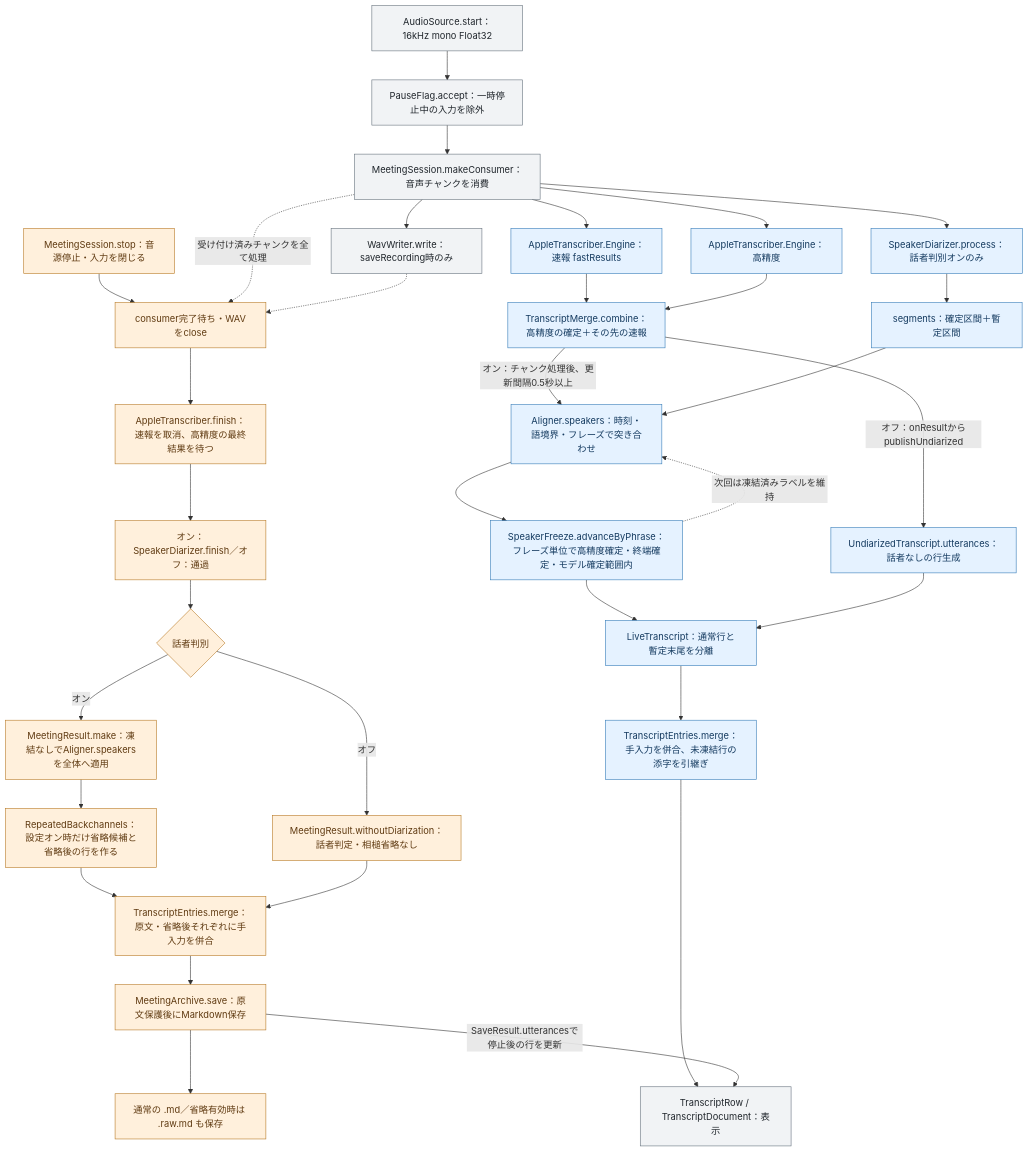
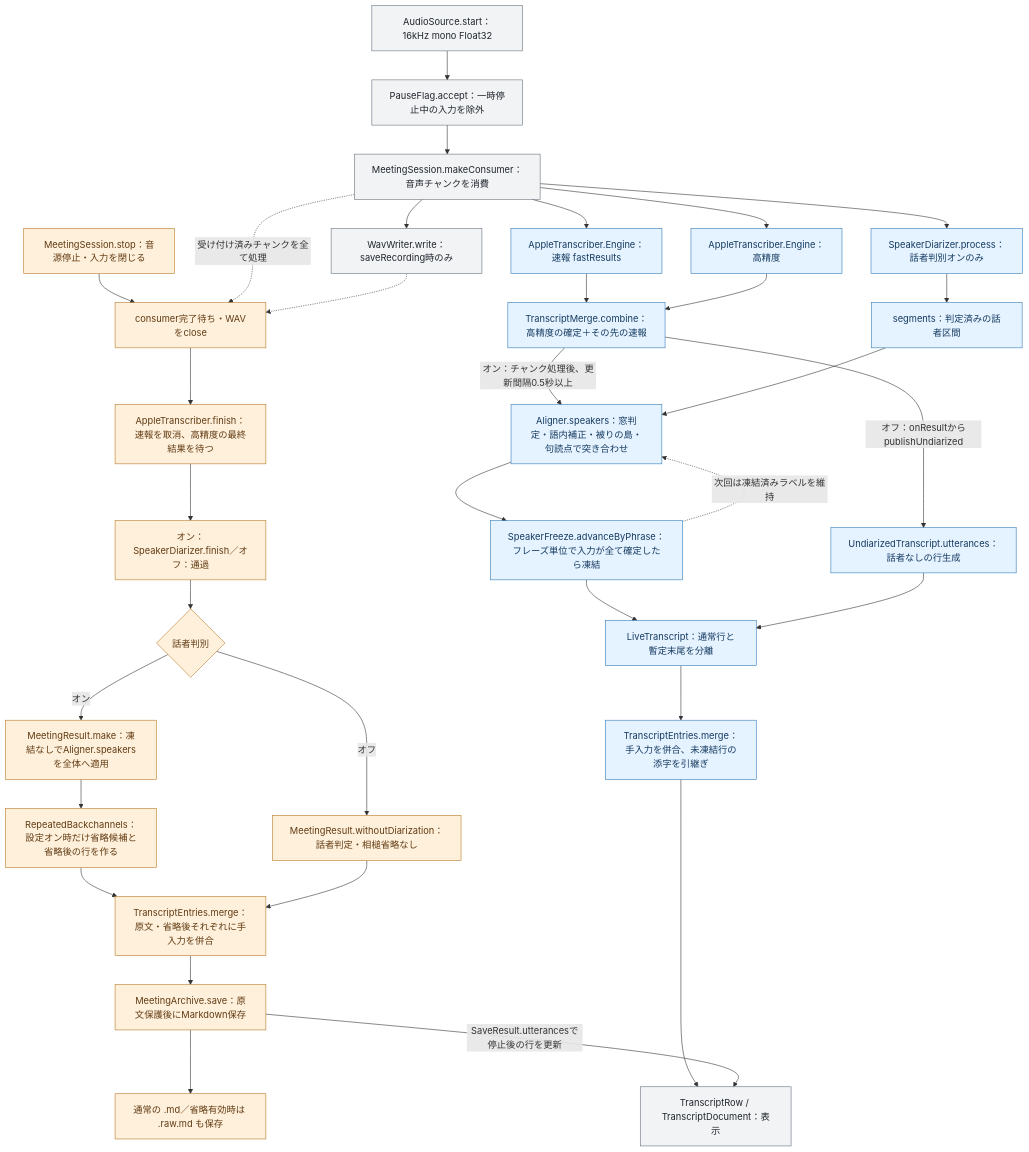
The first of 2 diagrams in docs/utterance-flow.md (tadashi-aikawa/kikigaki), drawn with Mermaid before and after one commit. The commit also changed other lines of this file and 67 other files, not shown here.

````diff
--- a/docs/utterance-flow.md
+++ b/docs/utterance-flow.md
@@ -9,43 +19,43 @@
 ```mermaid
 flowchart TD
     audio["AudioSource.start：16kHz mono Float32"] --> accept["PauseFlag.accept：一時停止中の入力を除外"]
     accept --> consume["MeetingSession.makeConsumer：音声チャンクを消費"]
     consume --> wav["WavWriter.write：saveRecording時のみ"]
     consume --> fast["AppleTranscriber.Engine：速報 fastResults"]
     consume --> accurate["AppleTranscriber.Engine：高精度"]
     consume --> diarizer["SpeakerDiarizer.process：話者判別オンのみ"]
     fast --> merge["TranscriptMerge.combine：高精度の確定＋その先の速報"]
     accurate --> merge
-    diarizer --> segments["segments：確定区間＋暫定区間"]
-    merge -->|オン：チャンク処理後、更新間隔0.5秒以上| align["Aligner.speakers：時刻・語境界・フレーズで突き合わせ"]
+    diarizer --> segments["segments：判定済みの話者区間"]
+    merge -->|オン：チャンク処理後、更新間隔0.5秒以上| align["Aligner.speakers：窓判定・語内補正・被りの島・句読点で突き合わせ"]
     segments --> align
-    align --> freeze["SpeakerFreeze.advanceByPhrase：フレーズ単位で高精度確定・終端確定・モデル確定範囲内"]
+    align --> freeze["SpeakerFreeze.advanceByPhrase：フレーズ単位で入力が全て確定したら凍結"]
     freeze -.->|次回は凍結済みラベルを維持| align
     freeze --> live["LiveTranscript：通常行と暫定末尾を分離"]
     merge -->|オフ：onResultからpublishUndiarized| off["UndiarizedTranscript.utterances：話者なしの行生成"]
     off --> live
     live --> entries["TranscriptEntries.merge：手入力を併合、未凍結行の添字を引継ぎ"]
     entries --> ui["TranscriptRow / TranscriptDocument：表示"]
 
     stop["MeetingSession.stop：音源停止・入力を閉じる"] --> drain["consumer完了待ち・WAVをclose"]
     consume -.->|受け付け済みチャンクを全て処理| drain
     wav -.-> drain
     drain --> asrEnd["AppleTranscriber.finish：速報を取消、高精度の最終結果を待つ"]
     asrEnd --> speakerEnd["オン：SpeakerDiarizer.finish／オフ：通過"]
     speakerEnd --> finalMode{"話者判別"}
     finalMode -->|オン| realign["MeetingResult.make：凍結なしでAligner.speakersを全体へ適用"]
     finalMode -->|オフ| noDiarization["MeetingResult.withoutDiarization：話者判定・相槌省略なし"]
     realign --> omit["RepeatedBackchannels：設定オン時だけ省略候補と省略後の行を作る"]
     omit --> finalEntries["TranscriptEntries.merge：原文・省略後それぞれに手入力を併合"]
     noDiarization --> finalEntries
     finalEntries --> archive["MeetingArchive.save：原文保護後にMarkdown保存"]
     archive --> md["通常の .md／省略有効時は .raw.md も保存"]
     archive -->|SaveResult.utterancesで停止後の行を更新| ui
 
     classDef common fill:#f1f3f5,stroke:#65717c,color:#20262c
     classDef recording fill:#e5f2ff,stroke:#337ab7,color:#153b60
     classDef stopping fill:#fff0dc,stroke:#b77924,color:#603b12
     class audio,accept,consume,wav,ui common
     class fast,accurate,diarizer,merge,segments,align,freeze,live,off,entries recording
     class stop,drain,asrEnd,speakerEnd,finalMode,realign,noDiarization,omit,finalEntries,archive,md stopping
 ```
````
